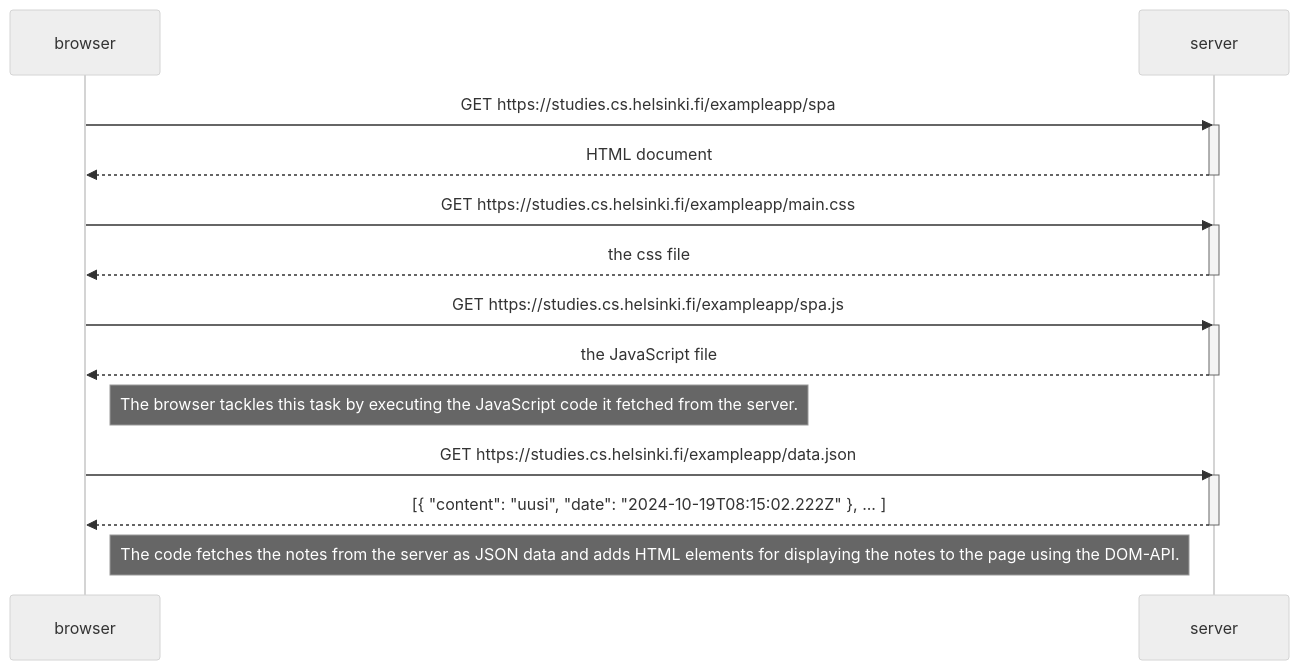
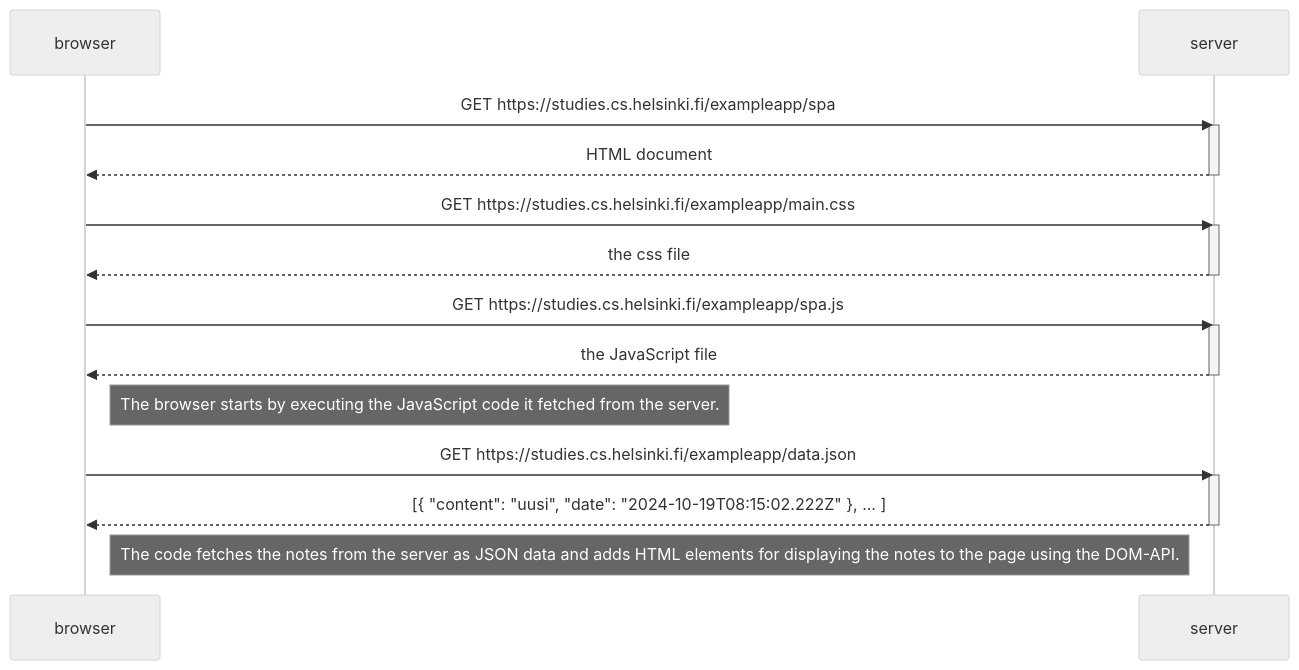
The diagram in part0/single-page-app-diagram.md (ViktoriiaProtasova/Full-Stack-open), drawn with Mermaid (neutral theme) before and after one commit.

````diff
--- a/part0/single-page-app-diagram.md
+++ b/part0/single-page-app-diagram.md
@@ -1,29 +1,29 @@
 ```mermaid
 sequenceDiagram
 participant browser
 participant server
 
     browser->>server: GET https://studies.cs.helsinki.fi/exampleapp/spa
     activate server
     server-->>browser: HTML document
     deactivate server
 
     browser->>server: GET https://studies.cs.helsinki.fi/exampleapp/main.css
     activate server
     server-->>browser: the css file
     deactivate server
 
     browser->>server: GET https://studies.cs.helsinki.fi/exampleapp/spa.js
     activate server
     server-->>browser: the JavaScript file
     deactivate server
 
-    Note right of browser: The browser tackles this task by executing the JavaScript code it fetched from the server.
+    Note right of browser: The browser starts by executing the JavaScript code it fetched from the server.
 
     browser->>server: GET https://studies.cs.helsinki.fi/exampleapp/data.json
     activate server
     server-->>browser: [{ "content": "uusi", "date": "2024-10-19T08:15:02.222Z" }, ... ]
     deactivate server
 
     Note right of browser: The code fetches the notes from the server as JSON data and adds HTML elements for displaying the notes to the page using the DOM-API.
 ```
````
